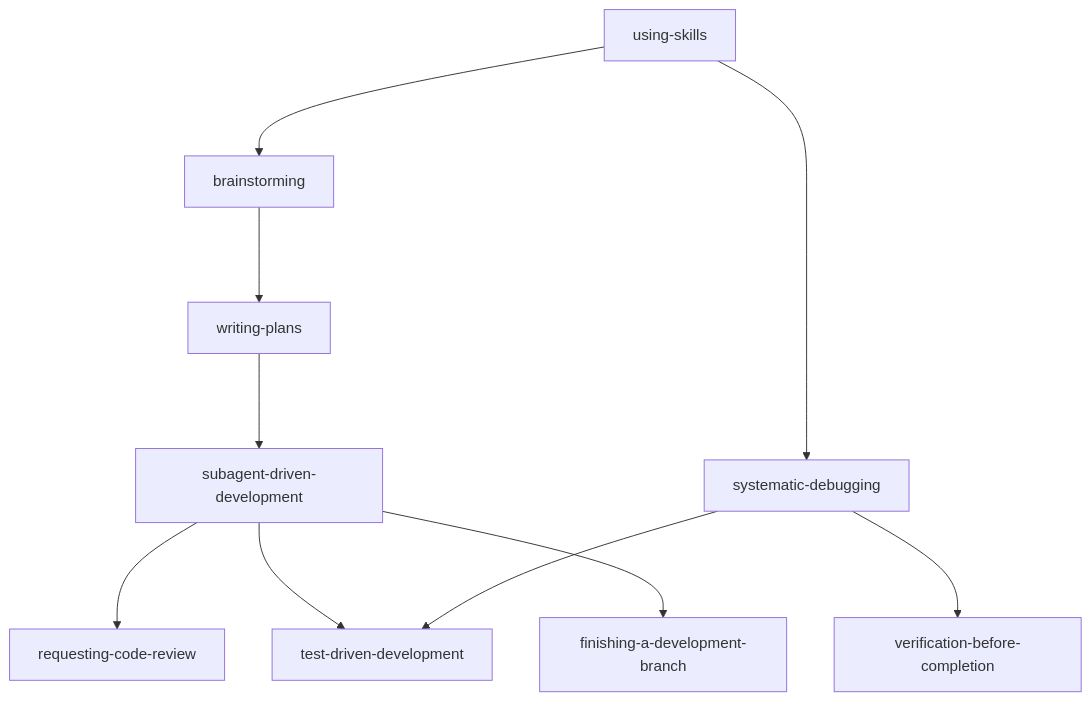
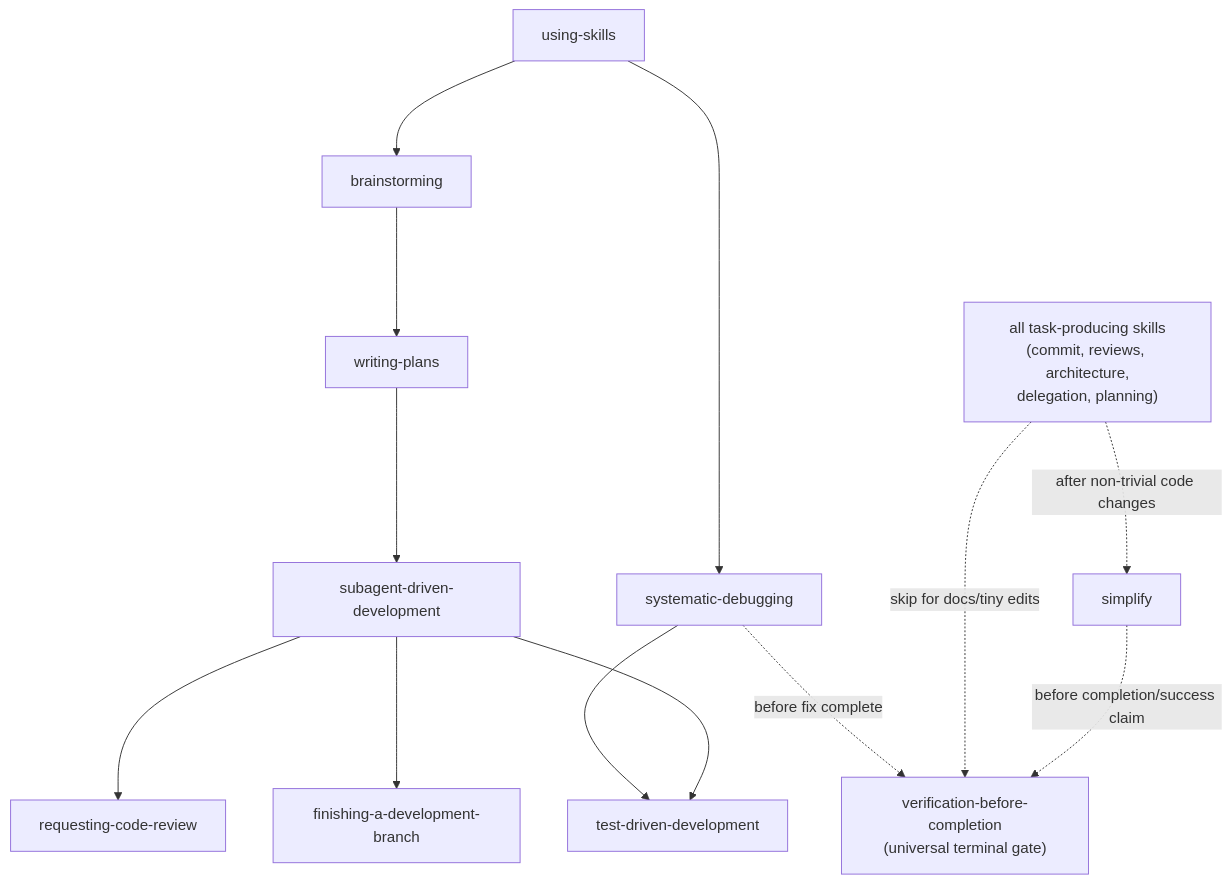
Before and after one commit to fgladisch/pi-skills: the diagram in README.md, drawn with Mermaid. The commit also changed other lines of this file and 13 other files, not shown here.

Commit message:
📝 docs: integrate verification gates into skills

````diff
--- a/README.md
+++ b/README.md
@@ -47,27 +47,34 @@
 ```mermaid
 %%{init: {'flowchart': {'nodeSpacing': 50, 'rankSpacing': 100}} }%%
 flowchart TB
   US["using-skills"]
 
   B["brainstorming"]
   WP["writing-plans"]
   SDD["subagent-driven-development"]
   RCR["requesting-code-review"]
   TDD["test-driven-development"]
   FDB["finishing-a-development-branch"]
 
   SD["systematic-debugging"]
-  VBC["verification-before-completion"]
+  SIM["simplify"]
+  VBC["verification-before-completion<br/>(universal terminal gate)"]
+  TASKS["all task-producing skills<br/>(commit, reviews, architecture,<br/>delegation, planning)"]
+
   US --> B
   US --> SD
 
   B --> WP
   WP --> SDD
 
   SDD --> RCR
   SDD --> TDD
   SDD --> FDB
 
   SD --> TDD
-  SD --> VBC
+
+  TASKS -. "after non-trivial code changes" .-> SIM
+  SIM -. "before completion/success claim" .-> VBC
+  TASKS -. "skip for docs/tiny edits" .-> VBC
+  SD -. "before fix complete" .-> VBC
 ```
````
